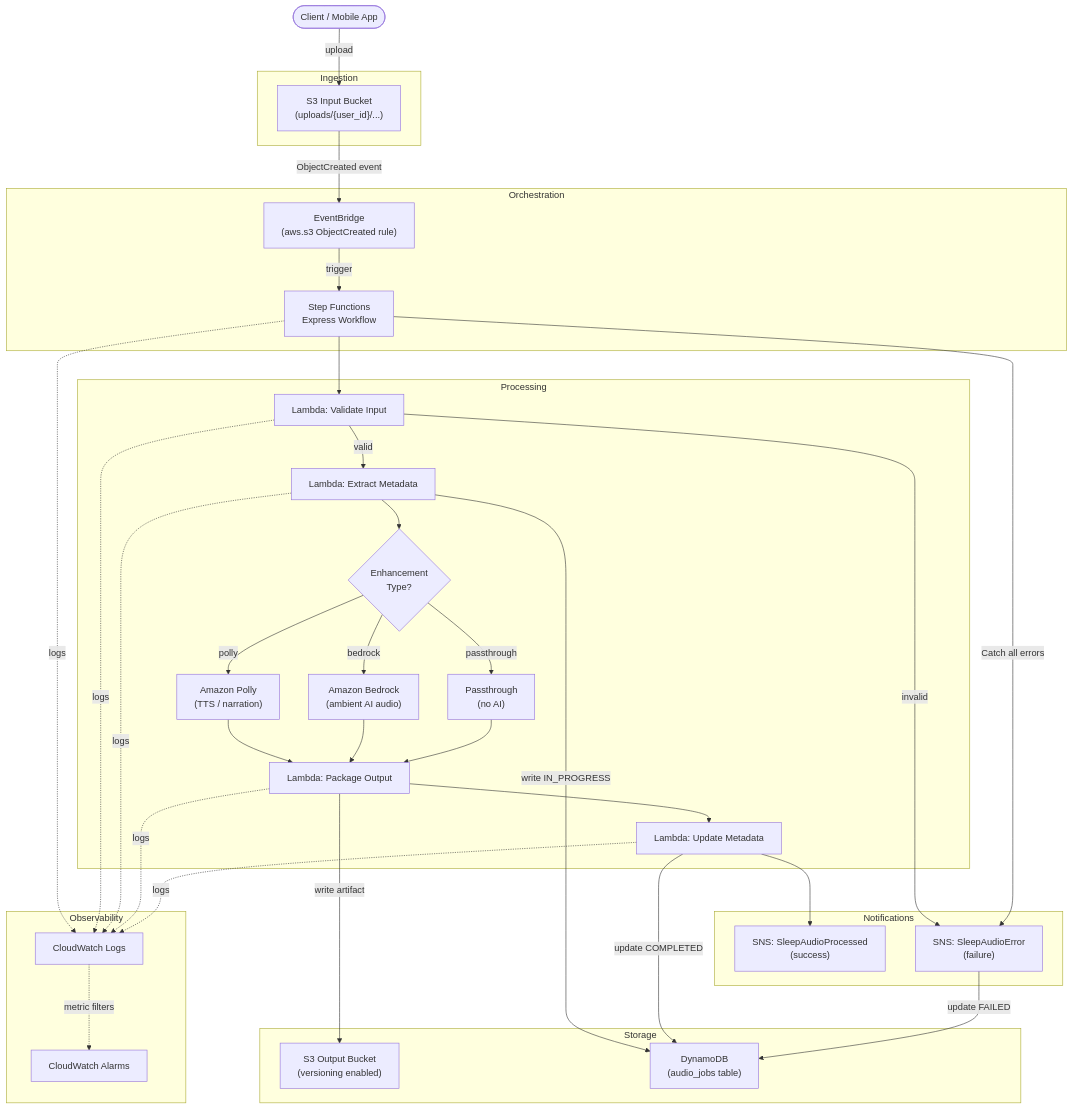
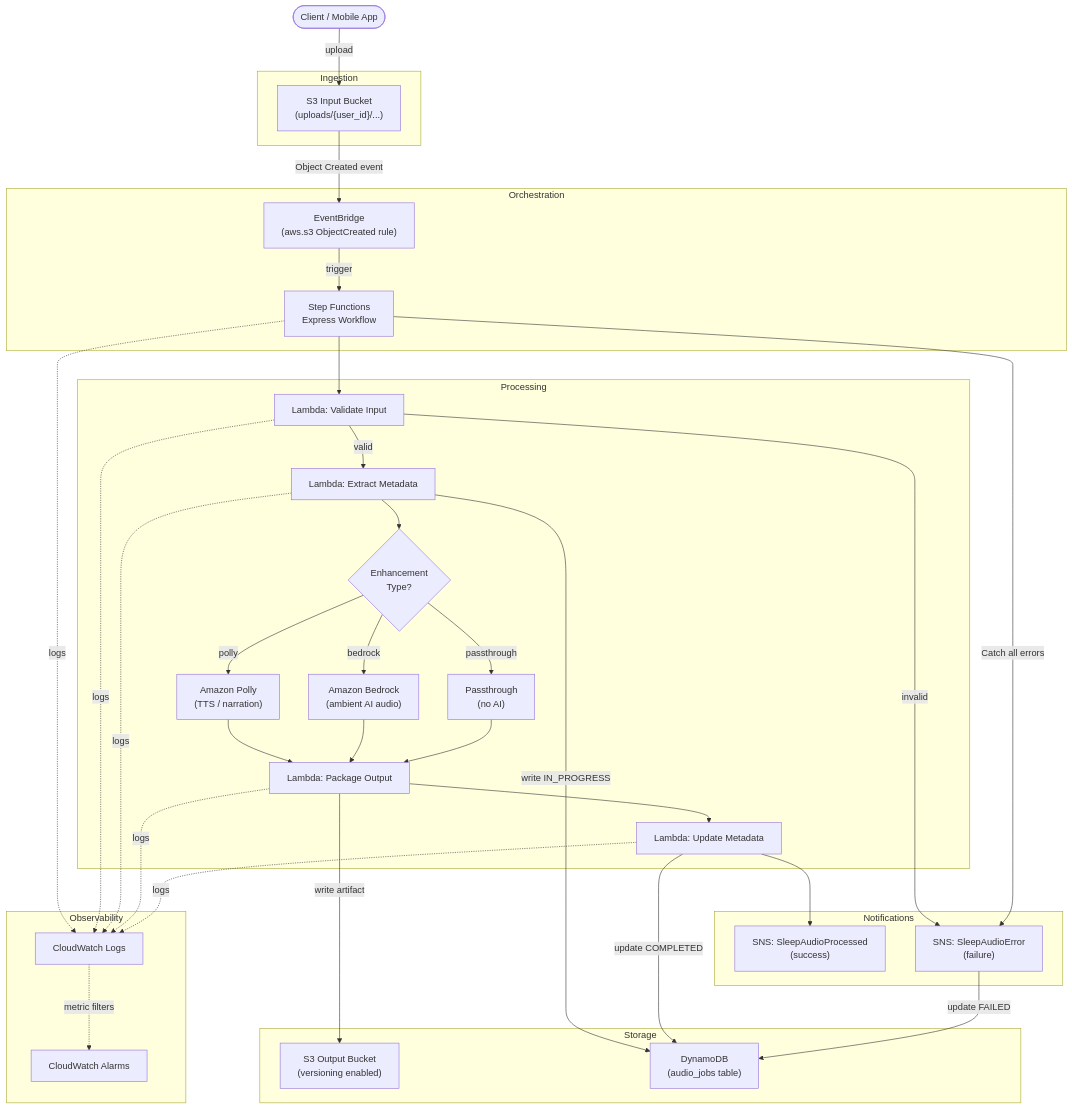
The diagram in ARCHITECTURE.md (obstreperous-ai/cdk-sleep-go-kiro), drawn with Mermaid before and after one commit.

Commit message:
Potential fix for pull request finding

````diff
--- a/ARCHITECTURE.md
+++ b/ARCHITECTURE.md
@@ -72,73 +72,73 @@
 ```mermaid
 flowchart TD
     Client([Client / Mobile App])
 
     subgraph Ingestion
         S3In["S3 Input Bucket\n(uploads/{user_id}/...)"]
     end
 
     subgraph Orchestration
         EB["EventBridge\n(aws.s3 ObjectCreated rule)"]
         SFN["Step Functions\nExpress Workflow"]
     end
 
     subgraph Processing
         LambdaValidate["Lambda: Validate Input"]
         LambdaMeta["Lambda: Extract Metadata"]
         Choice{Enhancement\nType?}
         Polly["Amazon Polly\n(TTS / narration)"]
         Bedrock["Amazon Bedrock\n(ambient AI audio)"]
         Passthrough["Passthrough\n(no AI)"]
         LambdaPackage["Lambda: Package Output"]
         LambdaUpdate["Lambda: Update Metadata"]
     end
 
     subgraph Storage
         S3Out["S3 Output Bucket\n(versioning enabled)"]
         DDB["DynamoDB\n(audio_jobs table)"]
     end
 
     subgraph Notifications
         SNSOk["SNS: SleepAudioProcessed\n(success)"]
         SNSErr["SNS: SleepAudioError\n(failure)"]
     end
 
     subgraph Observability
         CWLogs["CloudWatch Logs"]
         CWAlarms["CloudWatch Alarms"]
     end
 
     Client -->|upload| S3In
-    S3In -->|ObjectCreated event| EB
+    S3In -->|Object Created event| EB
     EB -->|trigger| SFN
 
     SFN --> LambdaValidate
     LambdaValidate -->|valid| LambdaMeta
     LambdaValidate -->|invalid| SNSErr
 
     LambdaMeta -->|write IN_PROGRESS| DDB
     LambdaMeta --> Choice
 
     Choice -->|polly| Polly
     Choice -->|bedrock| Bedrock
     Choice -->|passthrough| Passthrough
 
     Polly --> LambdaPackage
     Bedrock --> LambdaPackage
     Passthrough --> LambdaPackage
 
     LambdaPackage -->|write artifact| S3Out
     LambdaPackage --> LambdaUpdate
     LambdaUpdate -->|update COMPLETED| DDB
     LambdaUpdate --> SNSOk
 
     SFN -->|Catch all errors| SNSErr
     SNSErr -->|update FAILED| DDB
 
     SFN -. logs .-> CWLogs
     LambdaValidate -. logs .-> CWLogs
     LambdaMeta -. logs .-> CWLogs
     LambdaPackage -. logs .-> CWLogs
     LambdaUpdate -. logs .-> CWLogs
     CWLogs -. metric filters .-> CWAlarms
 ```
````
